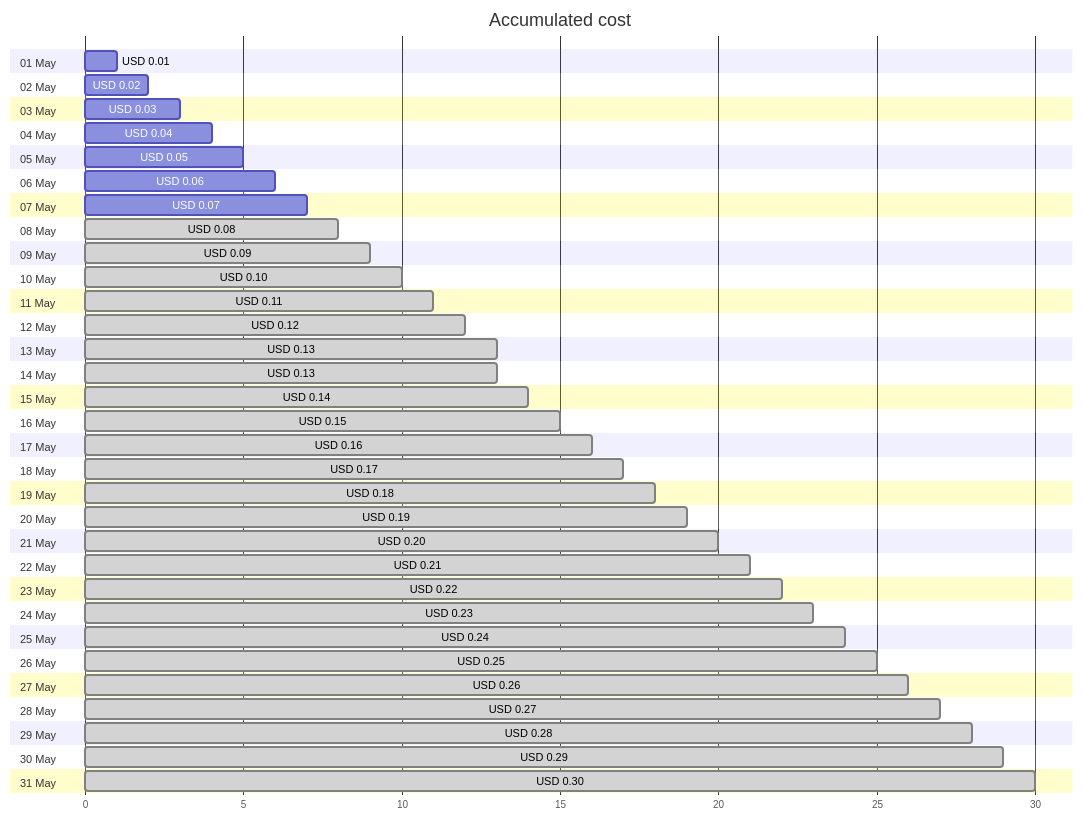
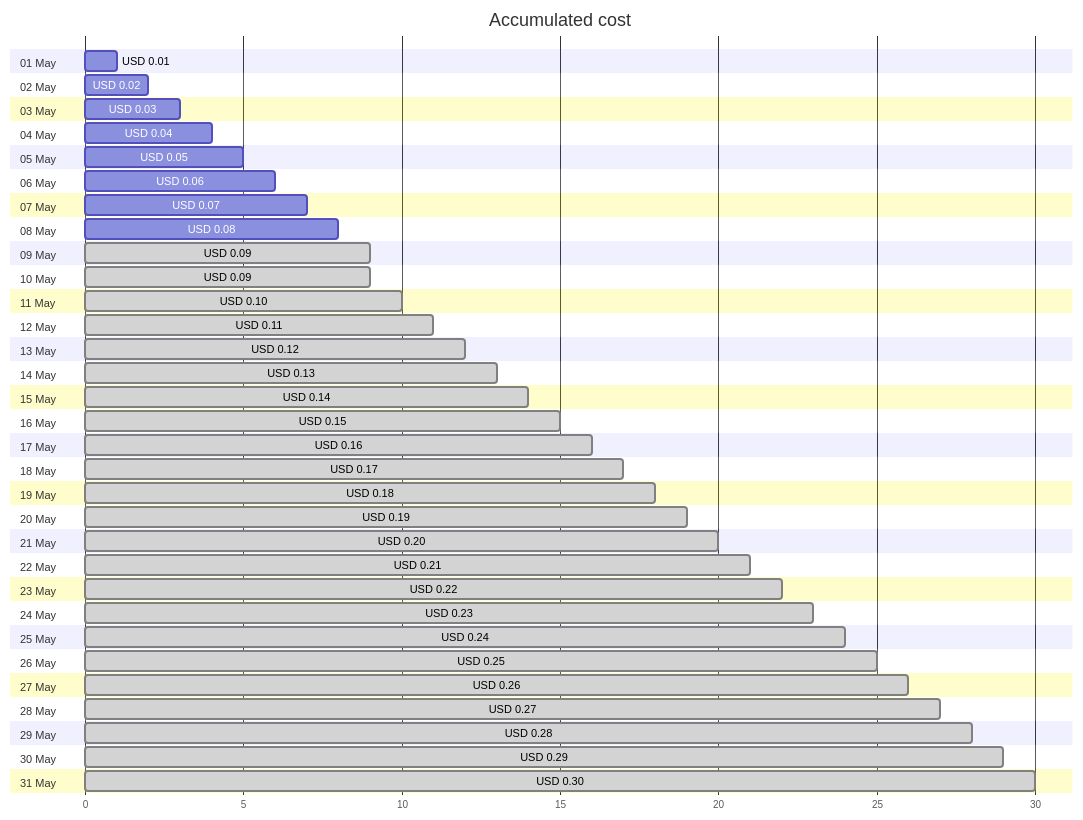
Before and after one commit to jpfulton/azure-personal-reports: the first of 4 diagrams in cost-reports/cloud-shell-storage-eastus/README.md, drawn with Mermaid. The commit also changed other lines of this file and 1 other file, not shown here.

````diff
--- a/cost-reports/cloud-shell-storage-eastus/README.md
+++ b/cost-reports/cloud-shell-storage-eastus/README.md
@@ -20,68 +20,68 @@
 ```mermaid
 gantt
    title Accumulated cost
    dateFormat  X
    axisFormat %s
    section 01 May
    USD 0.01 :0, 1
    section 02 May
    USD 0.02 :0, 2
    section 03 May
    USD 0.03 :0, 3
    section 04 May
    USD 0.04 :0, 4
    section 05 May
    USD 0.05 :0, 5
    section 06 May
    USD 0.06 :0, 6
    section 07 May
    USD 0.07 :0, 7
    section 08 May
-   USD 0.08 : done, 0, 8
+   USD 0.08 :0, 8
    section 09 May
    USD 0.09 : done, 0, 9
    section 10 May
+   USD 0.09 : done, 0, 9
+   section 11 May
    USD 0.10 : done, 0, 10
-   section 11 May
+   section 12 May
    USD 0.11 : done, 0, 11
-   section 12 May
+   section 13 May
    USD 0.12 : done, 0, 12
-   section 13 May
-   USD 0.13 : done, 0, 13
    section 14 May
    USD 0.13 : done, 0, 13
    section 15 May
    USD 0.14 : done, 0, 14
    section 16 May
    USD 0.15 : done, 0, 15
    section 17 May
    USD 0.16 : done, 0, 16
    section 18 May
    USD 0.17 : done, 0, 17
    section 19 May
    USD 0.18 : done, 0, 18
    section 20 May
    USD 0.19 : done, 0, 19
    section 21 May
    USD 0.20 : done, 0, 20
    section 22 May
    USD 0.21 : done, 0, 21
    section 23 May
    USD 0.22 : done, 0, 22
    section 24 May
    USD 0.23 : done, 0, 23
    section 25 May
    USD 0.24 : done, 0, 24
    section 26 May
    USD 0.25 : done, 0, 25
    section 27 May
    USD 0.26 : done, 0, 26
    section 28 May
    USD 0.27 : done, 0, 27
    section 29 May
    USD 0.28 : done, 0, 28
    section 30 May
    USD 0.29 : done, 0, 29
    section 31 May
    USD 0.30 : done, 0, 30
 ```
````
